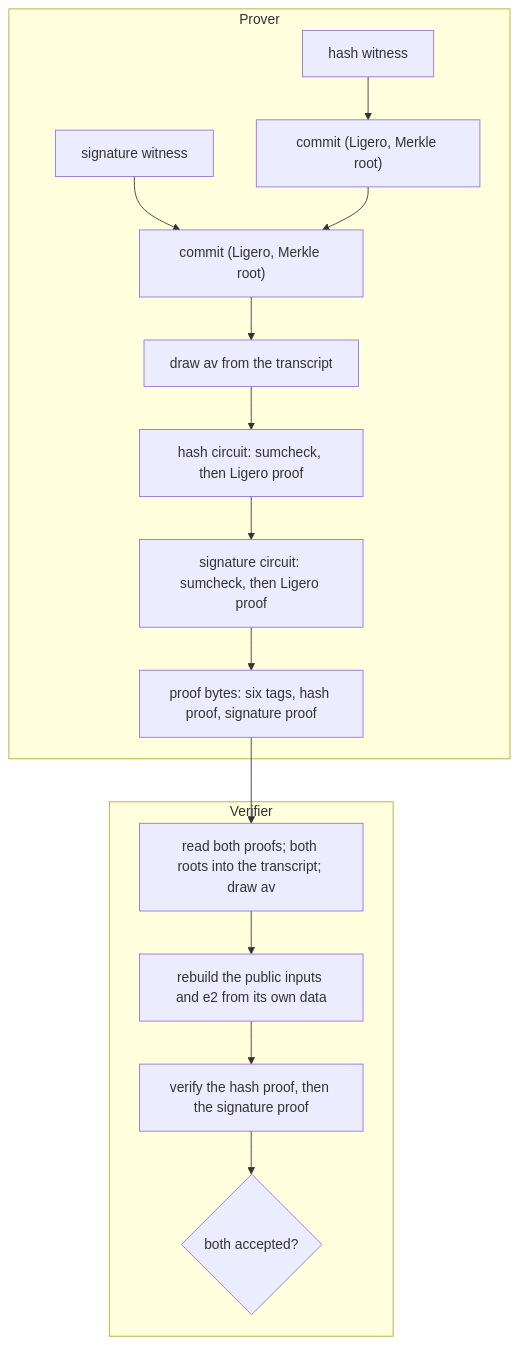
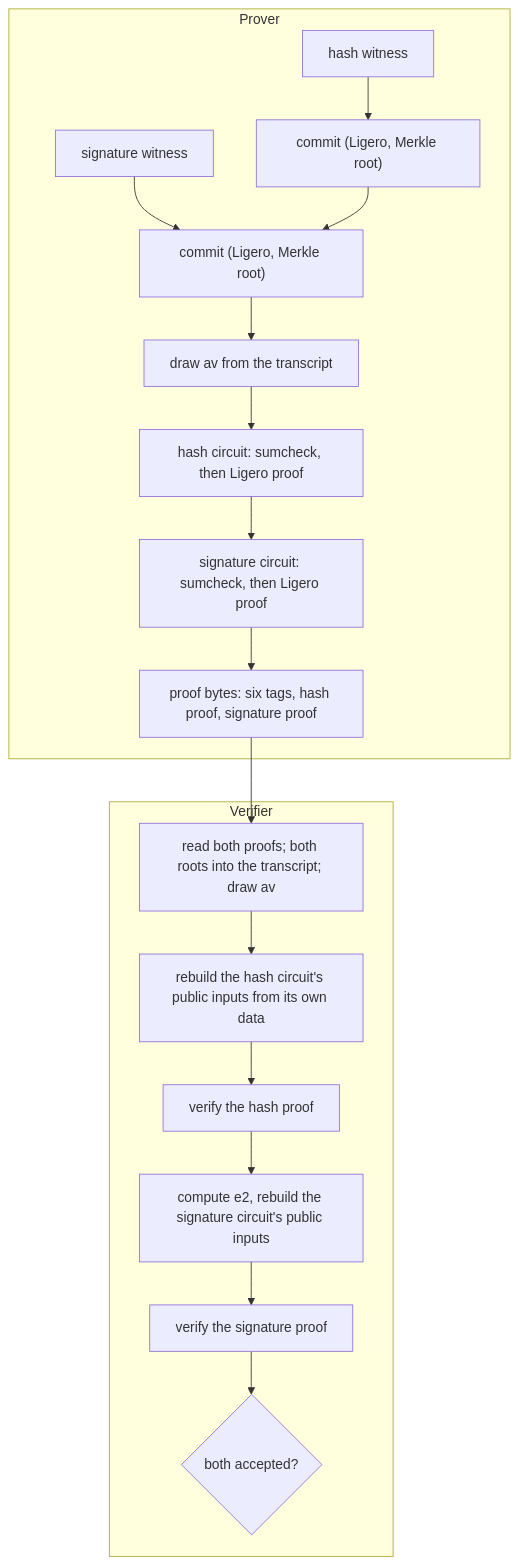
The third of 3 diagrams in docs/guide/00-primer-cryptography.md (cyberverso-net/longfellow-spark), drawn with Mermaid before and after one commit. The commit also changed 8 other files, not shown here.

````diff
--- a/docs/guide/00-primer-cryptography.md
+++ b/docs/guide/00-primer-cryptography.md
@@ -726,18 +726,20 @@
 ```mermaid
 flowchart TB
   subgraph prover [Prover]
     W1["hash witness"] --> C1["commit (Ligero, Merkle root)"]
     W2["signature witness"] --> C2["commit (Ligero, Merkle root)"]
     C1 --> C2
     C2 --> AV["draw av from the transcript"]
     AV --> S1["hash circuit: sumcheck, then Ligero proof"]
     S1 --> S2["signature circuit: sumcheck, then Ligero proof"]
     S2 --> P["proof bytes: six tags, hash proof, signature proof"]
   end
   subgraph verifier [Verifier]
     P --> R["read both proofs; both roots into the transcript; draw av"]
-    R --> B["rebuild the public inputs and e2 from its own data"]
-    B --> V["verify the hash proof, then the signature proof"]
-    V --> D{"both accepted?"}
+    R --> B1["rebuild the hash circuit's public inputs from its own data"]
+    B1 --> V1["verify the hash proof"]
+    V1 --> B2["compute e2, rebuild the signature circuit's public inputs"]
+    B2 --> V2["verify the signature proof"]
+    V2 --> D{"both accepted?"}
   end
 ```
````
